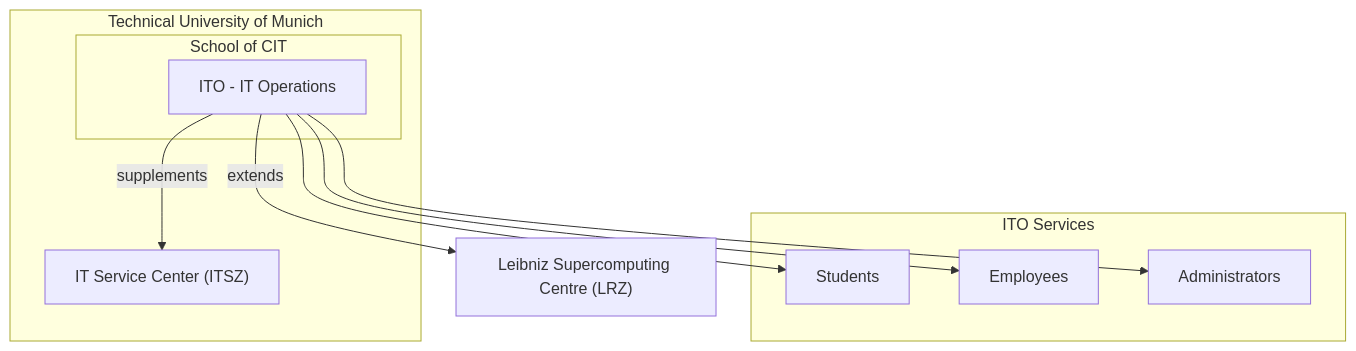
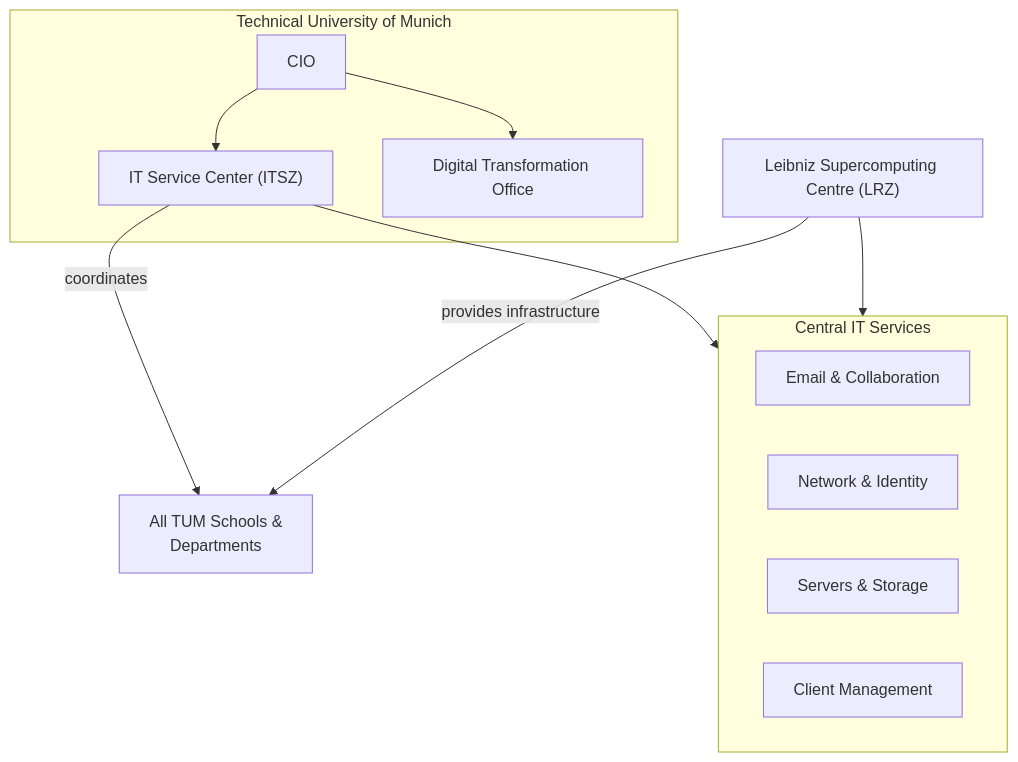
One commit to jtimo/tum-ito-admin-guide changed the diagram in en/index.qmd. Above: the diagram before and after it, drawn with Mermaid. The commit also changed other lines of this file and 21 other files, not shown here.

````diff
--- a/en/index.qmd
+++ b/en/index.qmd
@@ -19,24 +19,23 @@
 ```{mermaid}
-%%| fig-cap: "ITO Service Ecosystem"
+%%| fig-cap: "TUM IT Service Ecosystem"
 flowchart TB
     subgraph TUM["Technical University of Munich"]
-        subgraph CIT["School of CIT"]
-            ITO["ITO - IT Operations"]
-        end
-        ITSZ["IT Service Center (ITSZ)"]
+        CIO["CIO"]
+        CIO --> ITSZ["IT Service Center (ITSZ)"]
+        CIO --> DXO["Digital Transformation Office"]
     end
     LRZ["Leibniz Supercomputing Centre (LRZ)"]
 
-    ITO --> |supplements| ITSZ
-    ITO --> |extends| LRZ
+    ITSZ --> |coordinates| Schools["All TUM Schools &<br/>Departments"]
+    LRZ --> |provides infrastructure| Schools
 
-    subgraph Services["ITO Services"]
-        S1["Students"]
-        S2["Employees"]
-        S3["Administrators"]
+    subgraph Services["Central IT Services"]
+        S1["Email & Collaboration"]
+        S2["Network & Identity"]
+        S3["Servers & Storage"]
+        S4["Client Management"]
     end
 
-    ITO --> S1
-    ITO --> S2
-    ITO --> S3
+    ITSZ --> Services
+    LRZ --> Services
 ```
````
